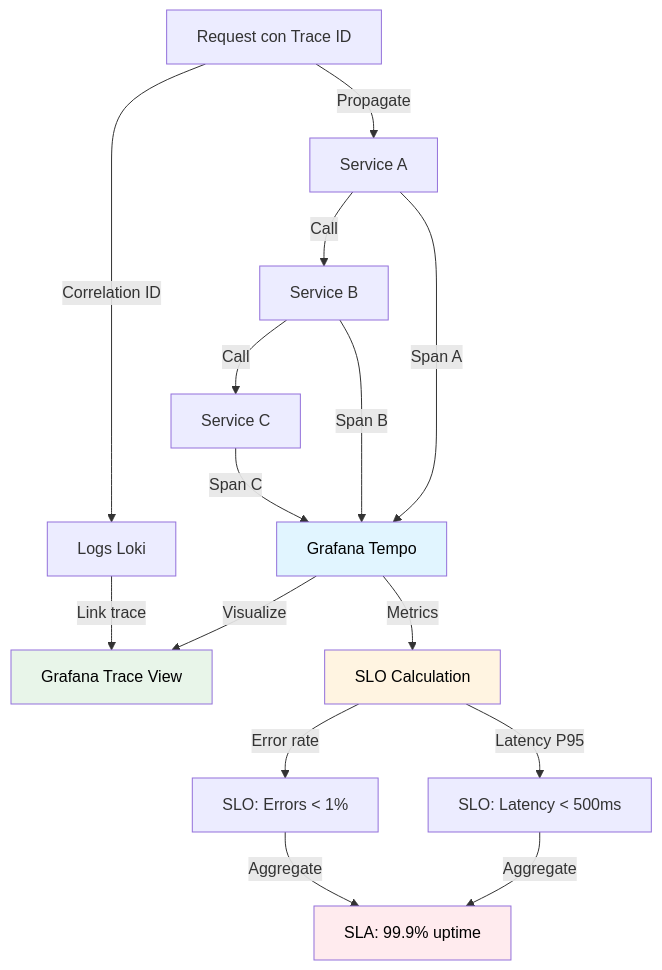
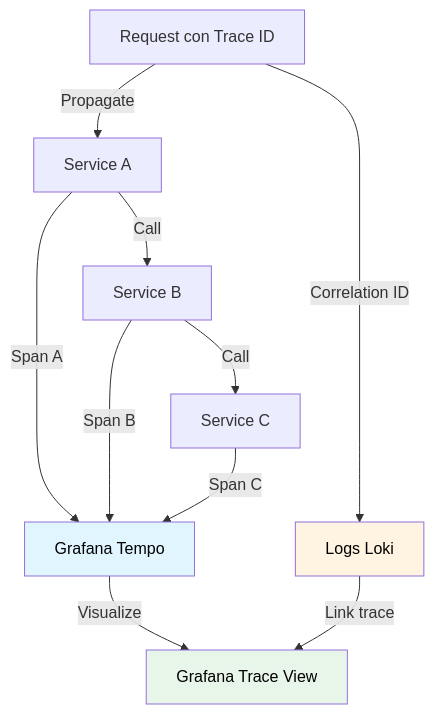
One commit to jclemente-tlm/tlm-doc-architecture changed the diagram in docs/fundamentos-corporativos/estandares/observabilidad/distributed-tracing.md. Above: the diagram before and after it, drawn with Mermaid. The commit also changed other lines of this file and 9 other files, not shown here.

````diff
--- a/docs/fundamentos-corporativos/estandares/observabilidad/distributed-tracing.md
+++ b/docs/fundamentos-corporativos/estandares/observabilidad/distributed-tracing.md
@@ -40,26 +36,18 @@
 ```mermaid
 graph TB
     A[Request con Trace ID] -->|Propagate| B[Service A]
     B -->|Span A| C[Grafana Tempo]
     B -->|Call| D[Service B]
     D -->|Span B| C
     D -->|Call| E[Service C]
     E -->|Span C| C
 
     C -->|Visualize| F[Grafana Trace View]
 
     A -->|Correlation ID| G[Logs Loki]
     G -->|Link trace| F
 
-    C -->|Metrics| H[SLO Calculation]
-    H -->|Latency P95| I[SLO: Latency < 500ms]
-    H -->|Error rate| J[SLO: Errors < 1%]
-
-    I -->|Aggregate| K[SLA: 99.9% uptime]
-    J -->|Aggregate| K
-
     style C fill:#e1f5ff,color:#000000
     style F fill:#e8f5e9,color:#000000
-    style H fill:#fff4e1,color:#000000
-    style K fill:#ffebee,color:#000000
+    style G fill:#fff4e1,color:#000000
 ```
````
